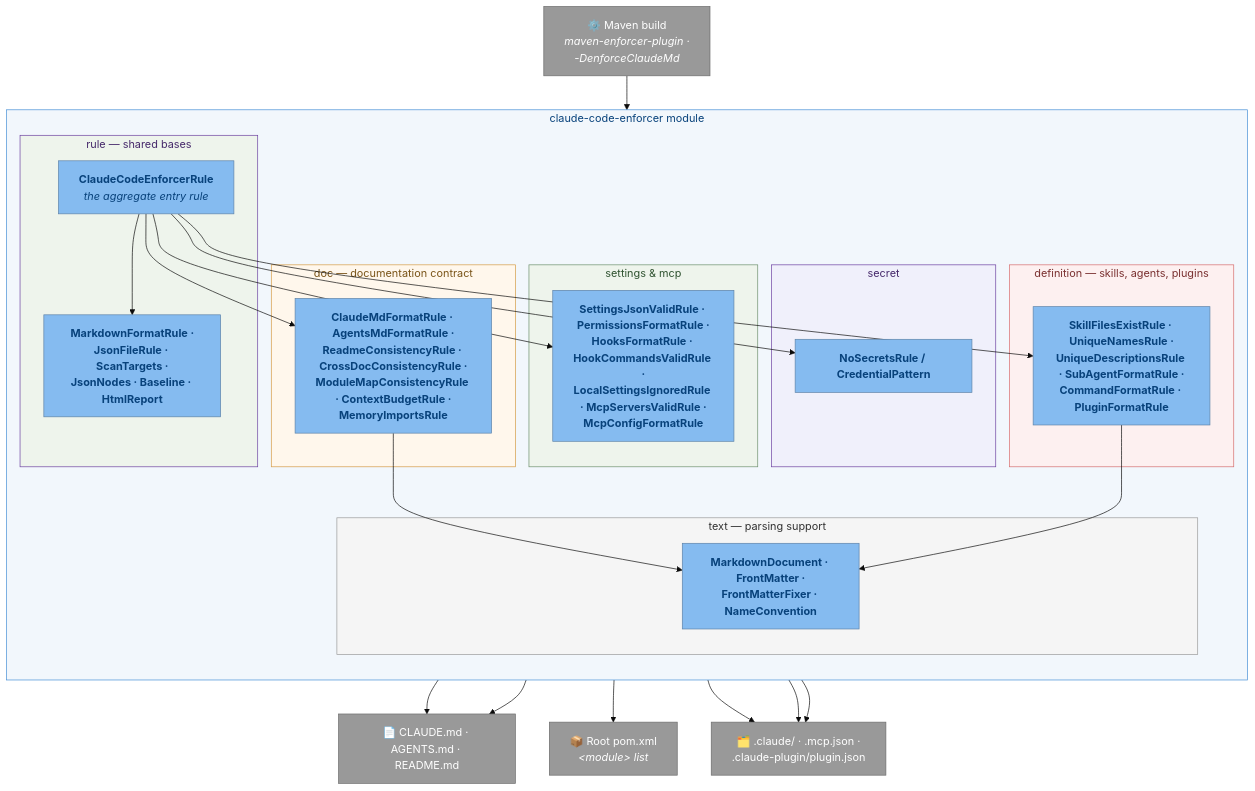
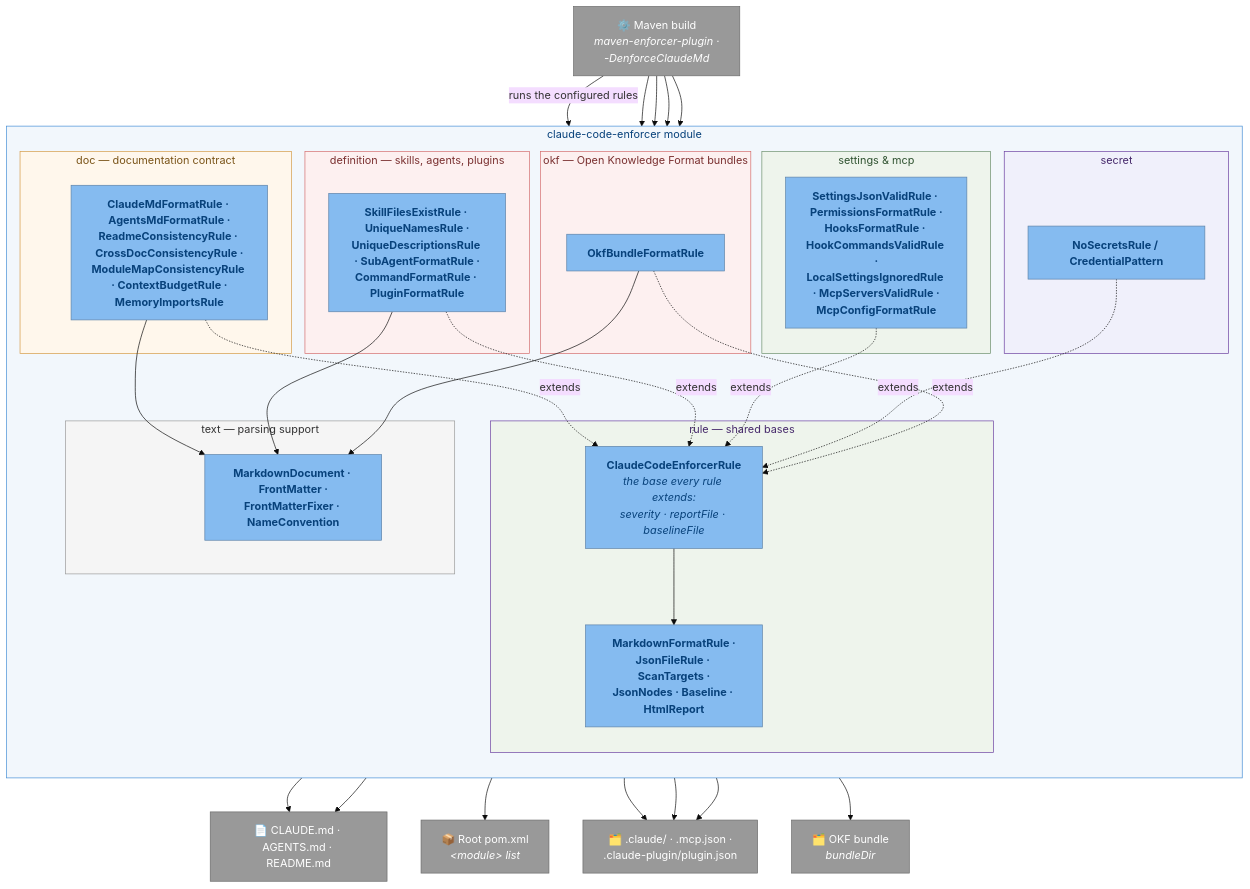
The seventh of 10 diagrams in docs/c4-architecture.md (adamw7/tools), drawn with Mermaid (base theme) before and after one commit. The commit also changed other lines of this file and 7 other files, not shown here.

````diff
--- a/docs/c4-architecture.md
+++ b/docs/c4-architecture.md
@@ -523,64 +523,77 @@
 ```mermaid
 flowchart TB
     build["⚙️ Maven build<br/><i>maven-enforcer-plugin ·<br/>-DenforceClaudeMd</i>"]
 
     subgraph enforcer ["claude-code-enforcer module"]
         direction TB
 
         subgraph base ["rule — shared bases"]
-            entry["<b>ClaudeCodeEnforcerRule</b><br/><i>the aggregate entry rule</i>"]
+            entry["<b>ClaudeCodeEnforcerRule</b><br/><i>the base every rule extends:<br/>severity · reportFile · baselineFile</i>"]
             bases["<b>MarkdownFormatRule ·<br/>JsonFileRule · ScanTargets ·<br/>JsonNodes · Baseline · HtmlReport</b>"]
         end
 
         subgraph docRules ["doc — documentation contract"]
             docs["<b>ClaudeMdFormatRule · AgentsMdFormatRule ·<br/>ReadmeConsistencyRule · CrossDocConsistencyRule ·<br/>ModuleMapConsistencyRule · ContextBudgetRule ·<br/>MemoryImportsRule</b>"]
         end
 
         subgraph defRules ["definition — skills, agents, plugins"]
             defs["<b>SkillFilesExistRule · UniqueNamesRule ·<br/>UniqueDescriptionsRule · SubAgentFormatRule ·<br/>CommandFormatRule · PluginFormatRule</b>"]
         end
 
         subgraph setRules ["settings &amp; mcp"]
             sets["<b>SettingsJsonValidRule · PermissionsFormatRule ·<br/>HooksFormatRule · HookCommandsValidRule ·<br/>LocalSettingsIgnoredRule · McpServersValidRule ·<br/>McpConfigFormatRule</b>"]
         end
 
         subgraph secRules ["secret"]
             secrets["<b>NoSecretsRule / CredentialPattern</b>"]
         end
 
+        subgraph okfRules ["okf — Open Knowledge Format bundles"]
+            okf["<b>OkfBundleFormatRule</b>"]
+        end
+
         subgraph textSupport ["text — parsing support"]
             text["<b>MarkdownDocument · FrontMatter ·<br/>FrontMatterFixer · NameConvention</b>"]
         end
     end
 
     docsFiles["📄 CLAUDE.md · AGENTS.md · README.md"]
     config["🗂️ .claude/ · .mcp.json ·<br/>.claude-plugin/plugin.json"]
     pom["📦 Root pom.xml<br/><i>&lt;module&gt; list</i>"]
+    bundle["🗂️ OKF bundle<br/><i>bundleDir</i>"]
 
-    build --> entry
+    build -->|"runs the configured rules"| docs
+    build --> defs
+    build --> sets
+    build --> secrets
+    build --> okf
+    docs -.->|"extends"| entry
+    defs -.->|"extends"| entry
+    sets -.->|"extends"| entry
+    secrets -.->|"extends"| entry
+    okf -.->|"extends"| entry
     entry --> bases
-    entry --> docs
-    entry --> defs
-    entry --> sets
-    entry --> secrets
     docs --> text
     defs --> text
+    okf --> text
     docs --> docsFiles
     docs --> pom
     defs --> config
     sets --> config
     secrets --> config
     secrets --> docsFiles
+    okf --> bundle
 
     classDef comp fill:#85bbf0,stroke:#5d82a8,color:#08427b
     classDef ext fill:#999999,stroke:#6b6b6b,color:#fff
-    class entry,bases,docs,defs,sets,secrets,text comp
-    class build,docsFiles,config,pom ext
+    class entry,bases,docs,defs,sets,secrets,okf,text comp
+    class build,docsFiles,config,pom,bundle ext
     style enforcer fill:#f2f7fc,stroke:#438dd5,color:#08427b
     style base fill:#eef4ec,stroke:#6b3fa0,color:#46296b
     style docRules fill:#fff7ec,stroke:#d59a43,color:#7a5418
     style defRules fill:#fdf0f0,stroke:#d56b6b,color:#7a3030
     style setRules fill:#eef4ec,stroke:#6b8e6b,color:#2f5230
     style secRules fill:#f0f0fb,stroke:#6b3fa0,color:#46296b
+    style okfRules fill:#fdf0f0,stroke:#d56b6b,color:#7a3030
     style textSupport fill:#f5f5f5,stroke:#999999,color:#333333
 ```
````
